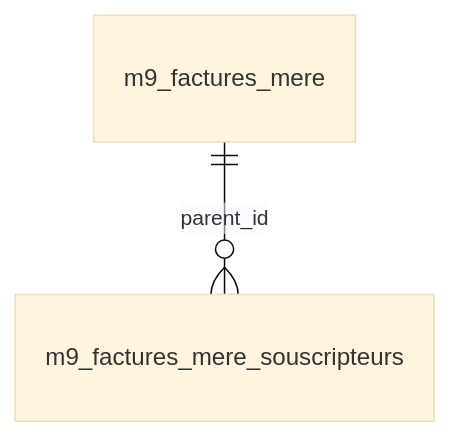
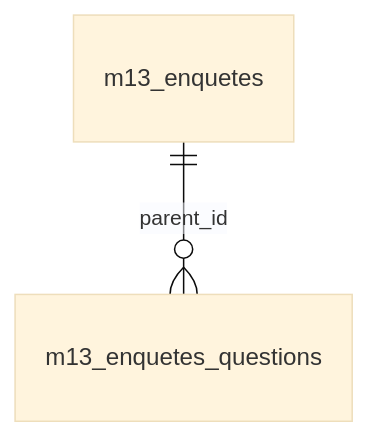
Before and after one commit to massenon/sighcnt: diagram 14 of 15 in docs/architecture/ERD.md, drawn with Mermaid (base theme). The commit also changed other lines of this file and 10 other files, not shown here.

First line of the commit message:
chore(referentiels): régénération complète depuis la maquette (droits, manifeste, parité, cartographie, ERD, copies du poste, icônes)

````diff
--- a/docs/architecture/ERD.md
+++ b/docs/architecture/ERD.md
@@ -167,4 +219,4 @@
 ```mermaid
 erDiagram
-  m9_factures_mere ||--o{ m9_factures_mere_souscripteurs : "parent_id"
+  m13_enquetes ||--o{ m13_enquetes_questions : "parent_id"
 ```
````
